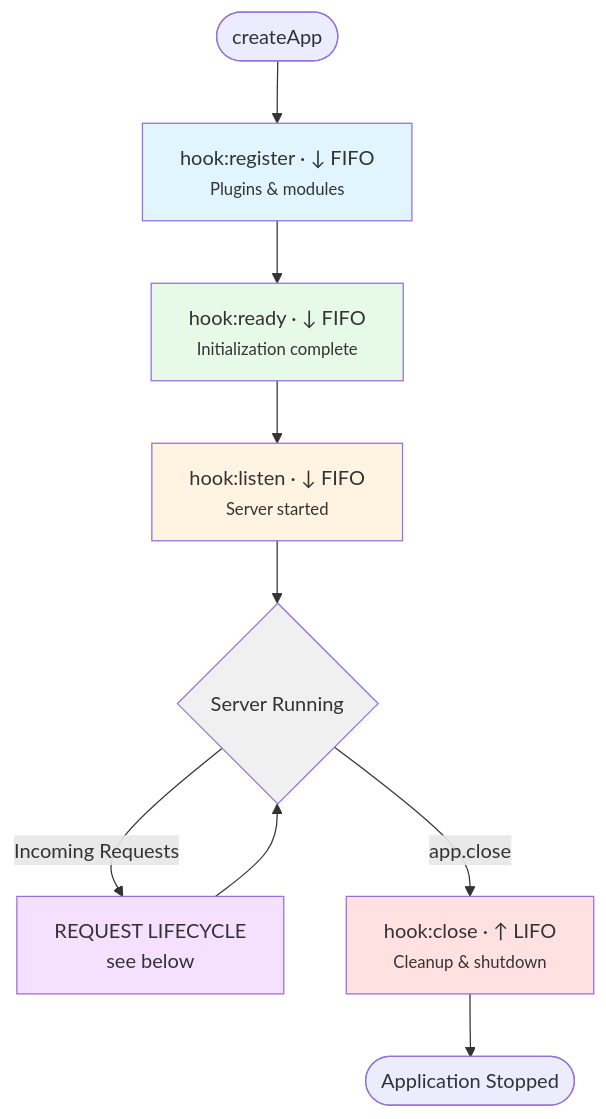
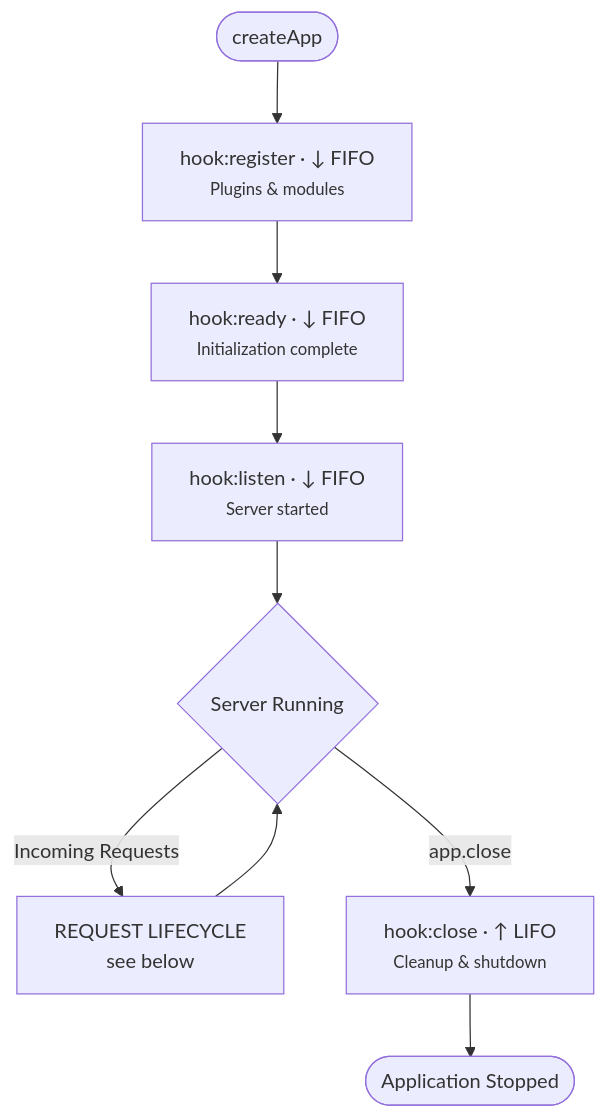
Before and after one commit to minima-js/minimajs: the diagram in docs/core-concepts/diagrams/application-lifecycle.md, drawn with Mermaid. The commit also changed 19 other files, not shown here.

````diff
--- a/docs/core-concepts/diagrams/application-lifecycle.md
+++ b/docs/core-concepts/diagrams/application-lifecycle.md
@@ -1,18 +1,18 @@
 ```mermaid
 graph TD
     Start([createApp]) --> Register
     Register["hook:register · ↓ FIFO<br/><small>Plugins & modules</small>"] --> Ready
     Ready["hook:ready · ↓ FIFO<br/><small>Initialization complete</small>"] --> Listen
     Listen["hook:listen · ↓ FIFO<br/><small>Server started</small>"] --> Serving{Server Running}
     Serving -->|Incoming Requests| RequestCycle[REQUEST LIFECYCLE<br/>see below]
     RequestCycle --> Serving
     Serving -->|app.close| Close["hook:close · ↑ LIFO<br/><small>Cleanup & shutdown</small>"]
     Close --> End([Application Stopped])
 
-    style Register fill:#e1f5ff
-    style Ready fill:#e7f9e7
-    style Listen fill:#fff4e1
-    style Serving fill:#f0f0f0
-    style Close fill:#ffe1e1
-    style RequestCycle fill:#f5e1ff
+    class Start,Ready,End success
+    class Register,RequestCycle accent
+    class Listen warn
+    class Close danger
+    class Serving neutral
+
 ```
````
